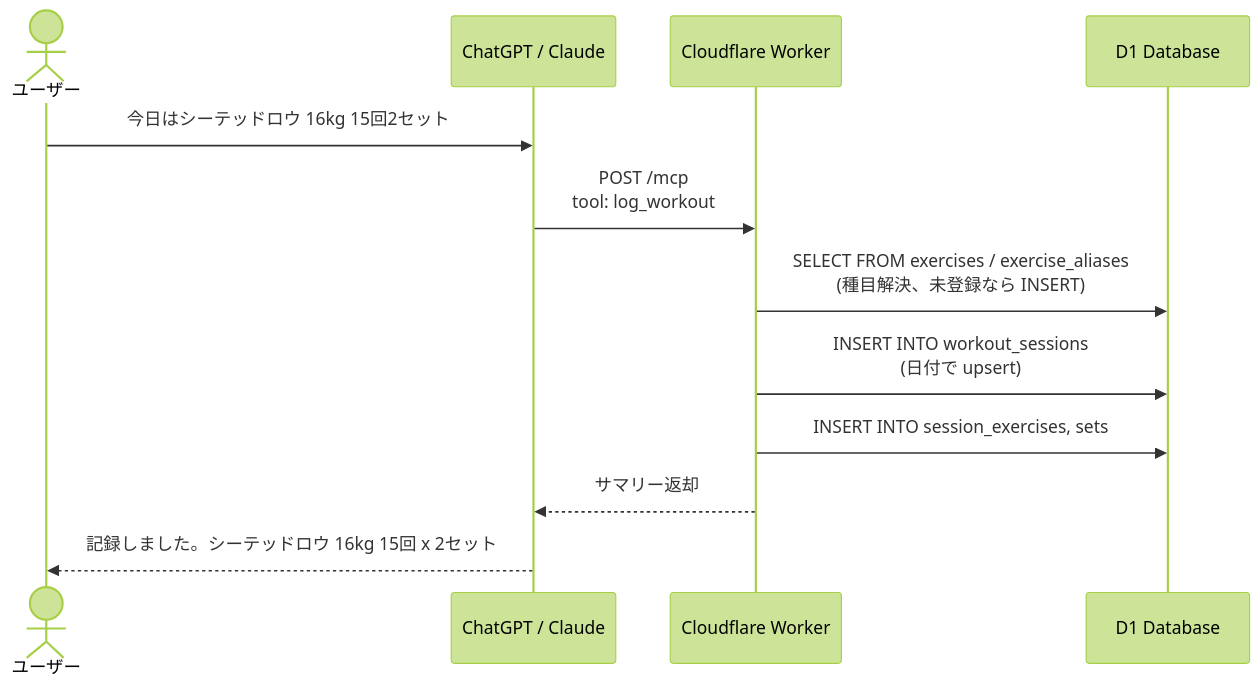
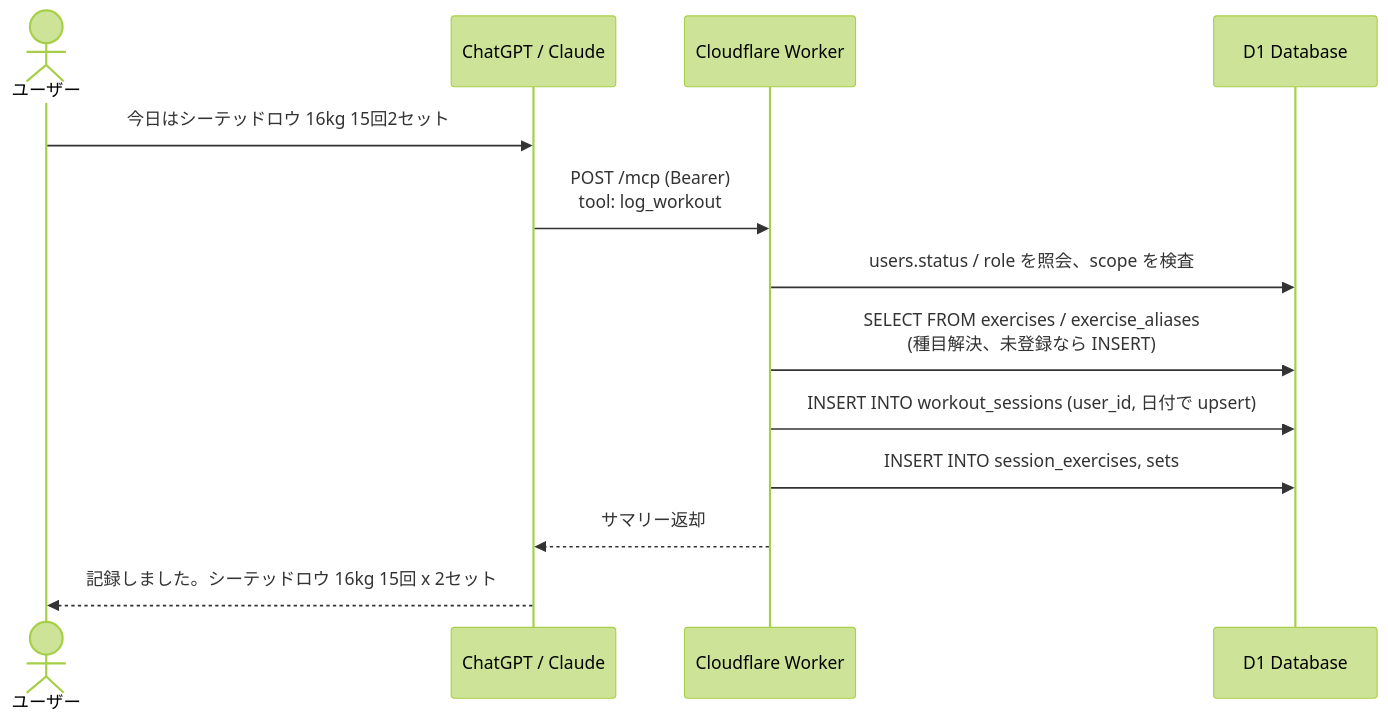
Before and after one commit to japan4415/training-logger: the third of 4 diagrams in docs/architecture.md, drawn with Mermaid (forest theme). The commit also changed other lines of this file and 13 other files, not shown here.

````diff
--- a/docs/architecture.md
+++ b/docs/architecture.md
@@ -106,15 +165,16 @@
 ```mermaid
 sequenceDiagram
     actor User as ユーザー
     participant LLM as ChatGPT / Claude
     participant Worker as Cloudflare Worker
     participant D1 as D1 Database
 
     User->>LLM: 今日はシーテッドロウ 16kg 15回2セット
-    LLM->>Worker: POST /mcp<br/>tool: log_workout
+    LLM->>Worker: POST /mcp (Bearer)<br/>tool: log_workout
+    Worker->>D1: users.status / role を照会、scope を検査
     Worker->>D1: SELECT FROM exercises / exercise_aliases<br/>(種目解決、未登録なら INSERT)
-    Worker->>D1: INSERT INTO workout_sessions<br/>(日付で upsert)
+    Worker->>D1: INSERT INTO workout_sessions (user_id, 日付で upsert)
     Worker->>D1: INSERT INTO session_exercises, sets
     Worker-->>LLM: サマリー返却
     LLM-->>User: 記録しました。シーテッドロウ 16kg 15回 x 2セット
 ```
````
